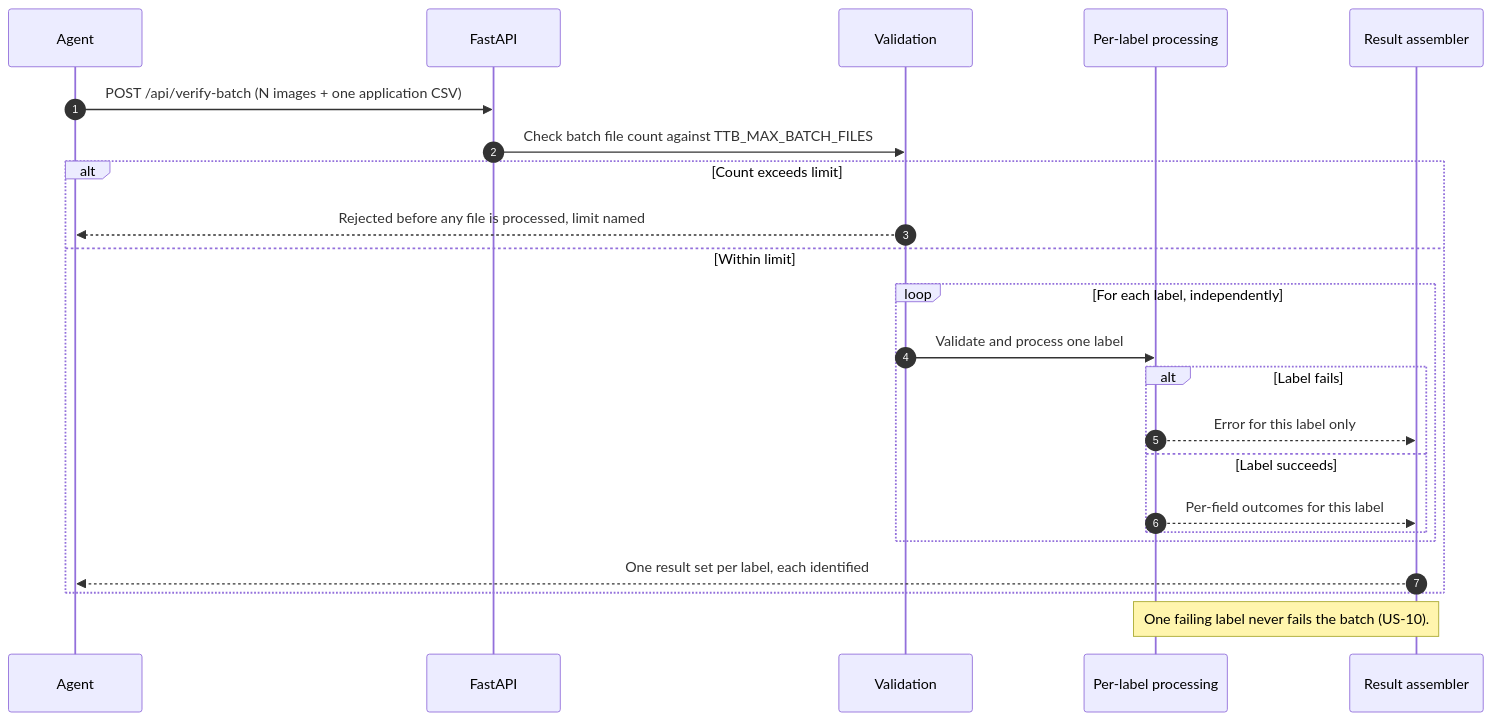
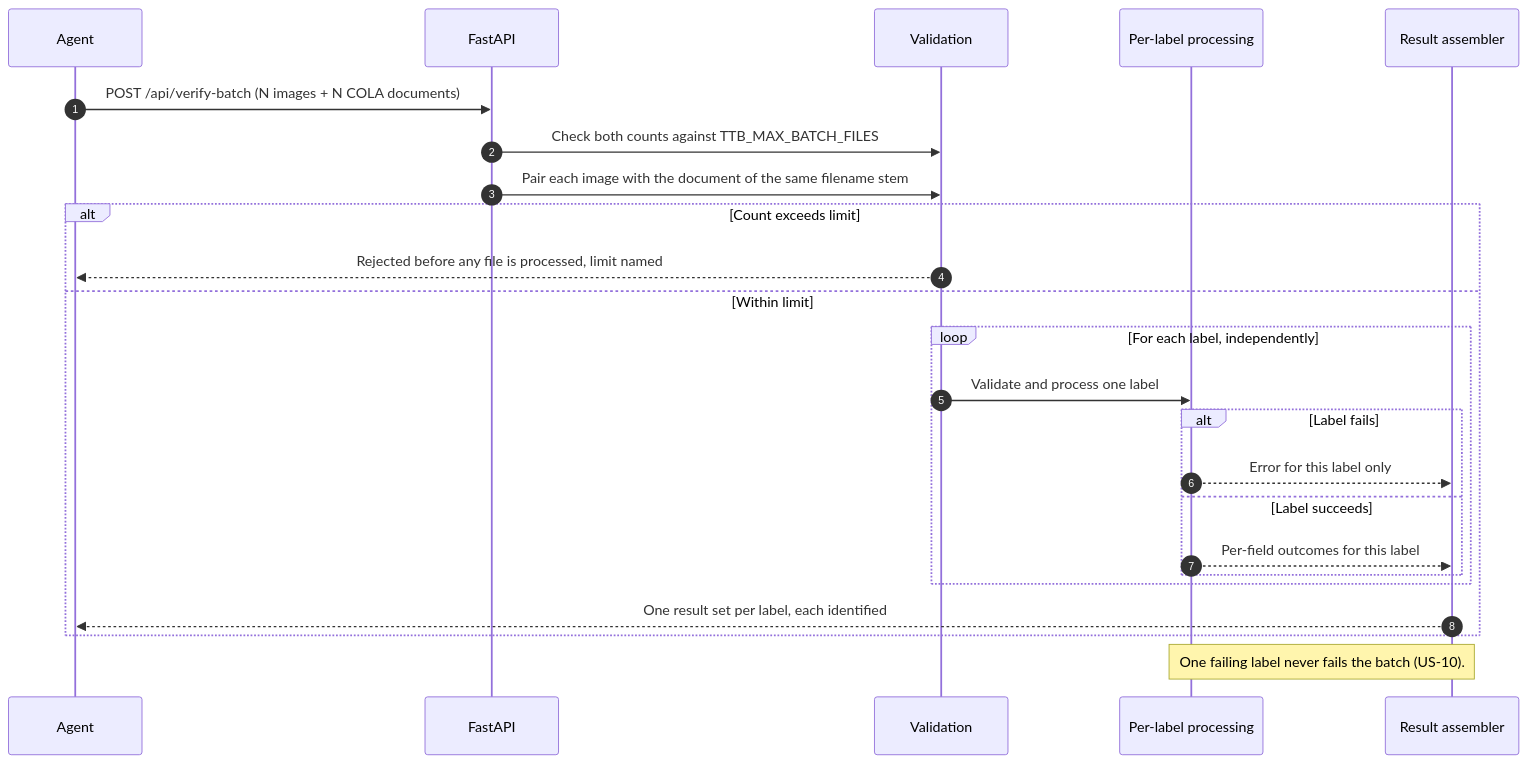
One commit to kimkight/26-DO-12891471-DH_T_ITS_AI_THT changed the fourth of 4 diagrams in docs/05_ARCHITECTURE.md. Above: the diagram before and after it, drawn with Mermaid. The commit also changed other lines of this file and 28 other files, not shown here.

````diff
--- a/docs/05_ARCHITECTURE.md
+++ b/docs/05_ARCHITECTURE.md
@@ -127,26 +127,27 @@
 ```mermaid
 sequenceDiagram
     autonumber
     participant A as Agent
     participant API as FastAPI
     participant V as Validation
     participant W as Per-label processing
     participant R as Result assembler
 
-    A->>API: POST /api/verify-batch (N images + one application CSV)
-    API->>V: Check batch file count against TTB_MAX_BATCH_FILES
+    A->>API: POST /api/verify-batch (N images + N COLA documents)
+    API->>V: Check both counts against TTB_MAX_BATCH_FILES
+    API->>V: Pair each image with the document of the same filename stem
     alt Count exceeds limit
         V-->>A: Rejected before any file is processed, limit named
     else Within limit
         loop For each label, independently
             V->>W: Validate and process one label
             alt Label fails
                 W-->>R: Error for this label only
             else Label succeeds
                 W-->>R: Per-field outcomes for this label
             end
         end
         R-->>A: One result set per label, each identified
     end
     Note over W,R: One failing label never fails the batch (US-10).
 ```
````
